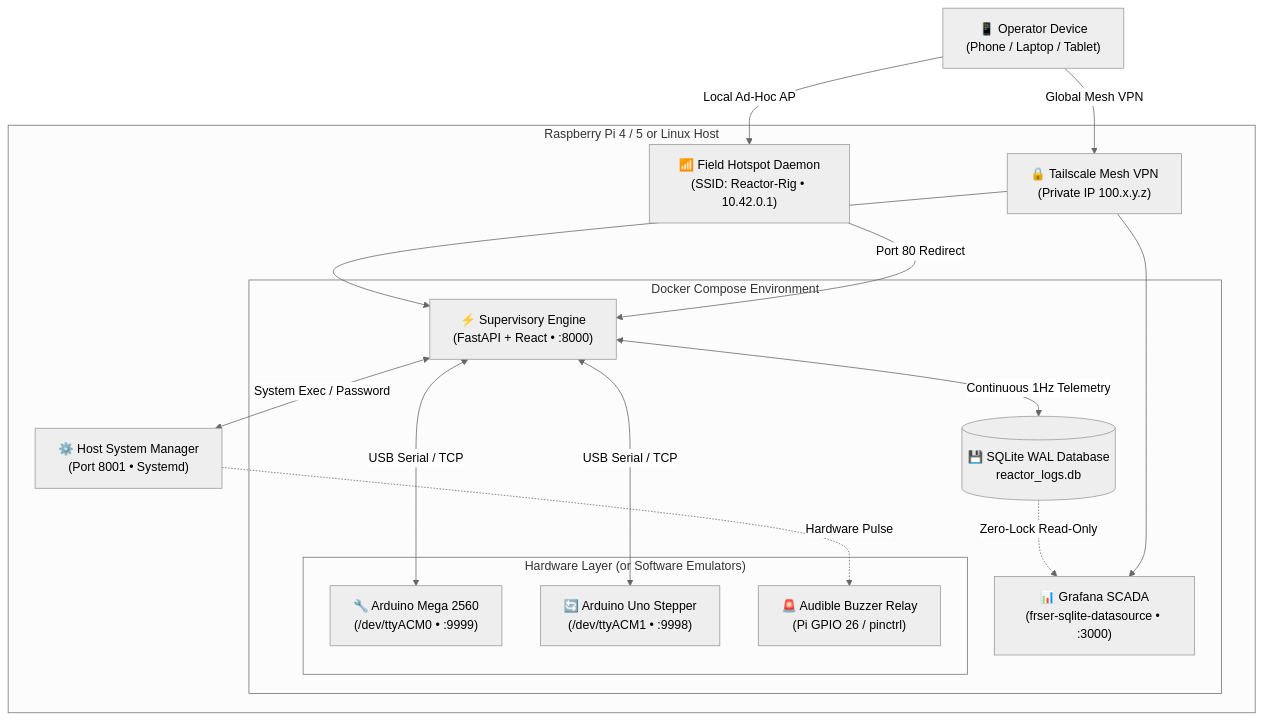
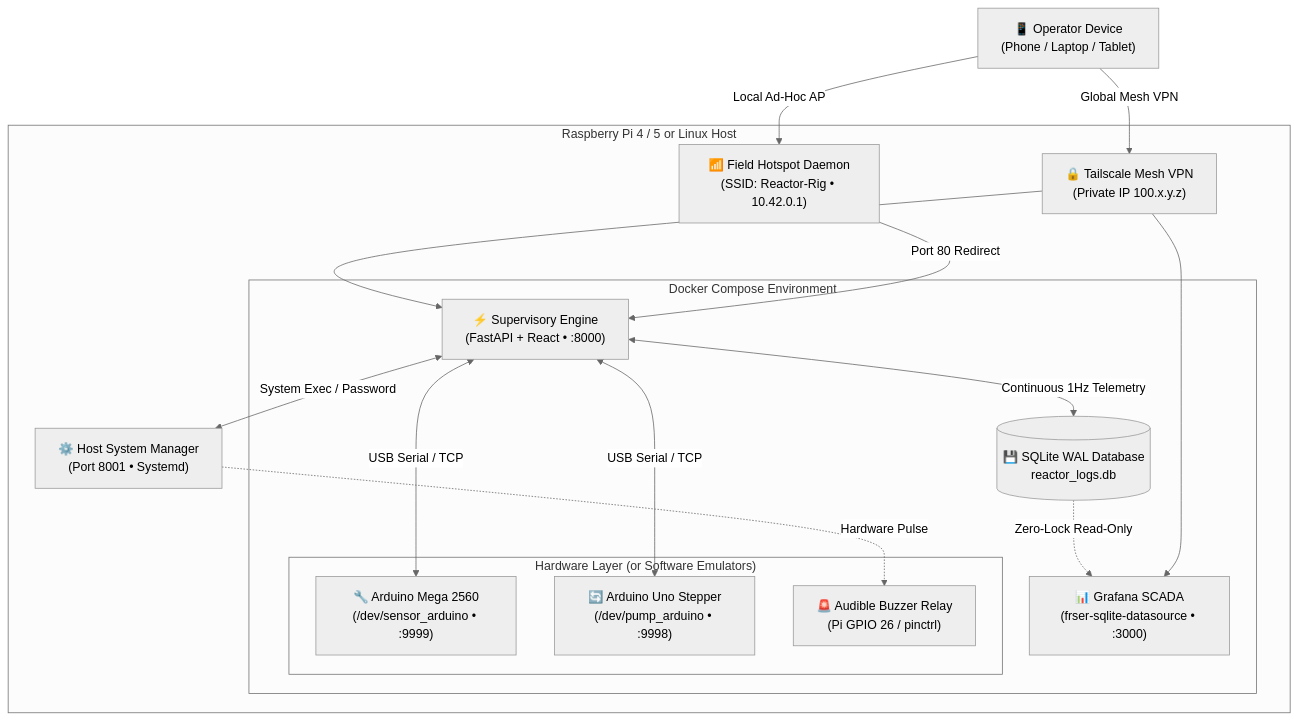
Before and after one commit to globel420/reactor-controller: the diagram in README.md, drawn with Mermaid (neutral theme). The commit also changed other lines of this file and 90 other files, not shown here.

````diff
--- a/README.md
+++ b/README.md
@@ -100,35 +164,35 @@
 ```mermaid
 graph TD
     Client["📱 Operator Device<br>(Phone / Laptop / Tablet)"]
     
     subgraph Host ["Raspberry Pi 4 / 5 or Linux Host"]
         Tailscale["🔒 Tailscale Mesh VPN<br>(Private IP 100.x.y.z)"]
         SysMgr["⚙️ Host System Manager<br>(Port 8001 • Systemd)"]
         WifiAP["📶 Field Hotspot Daemon<br>(SSID: Reactor-Rig • 10.42.0.1)"]
         
         subgraph Docker ["Docker Compose Environment"]
             Supervisory["⚡ Supervisory Engine<br>(FastAPI + React • :8000)"]
             Grafana["📊 Grafana SCADA<br>(frser-sqlite-datasource • :3000)"]
             DB[("💾 SQLite WAL Database<br>reactor_logs.db")]
             
             subgraph RigInterop ["Hardware Layer (or Software Emulators)"]
-                MegaMCU["🔧 Arduino Mega 2560<br>(/dev/ttyACM0 • :9999)"]
-                UnoMCU["🔄 Arduino Uno Stepper<br>(/dev/ttyACM1 • :9998)"]
+                MegaMCU["🔧 Arduino Mega 2560<br>(/dev/sensor_arduino • :9999)"]
+                UnoMCU["🔄 Arduino Uno Stepper<br>(/dev/pump_arduino • :9998)"]
                 GPIO26["🚨 Audible Buzzer Relay<br>(Pi GPIO 26 / pinctrl)"]
             end
         end
     end
     
     Client -->|Local Ad-Hoc AP| WifiAP
     Client -->|Global Mesh VPN| Tailscale
     WifiAP -->|Port 80 Redirect| Supervisory
     Tailscale --> Supervisory
     Tailscale --> Grafana
     
     Supervisory <-->|Continuous 1Hz Telemetry| DB
     DB -.->|Zero-Lock Read-Only| Grafana
     Supervisory <-->|USB Serial / TCP| MegaMCU
     Supervisory <-->|USB Serial / TCP| UnoMCU
     Supervisory <-->|System Exec / Password| SysMgr
     SysMgr -.->|Hardware Pulse| GPIO26
 ```
````
